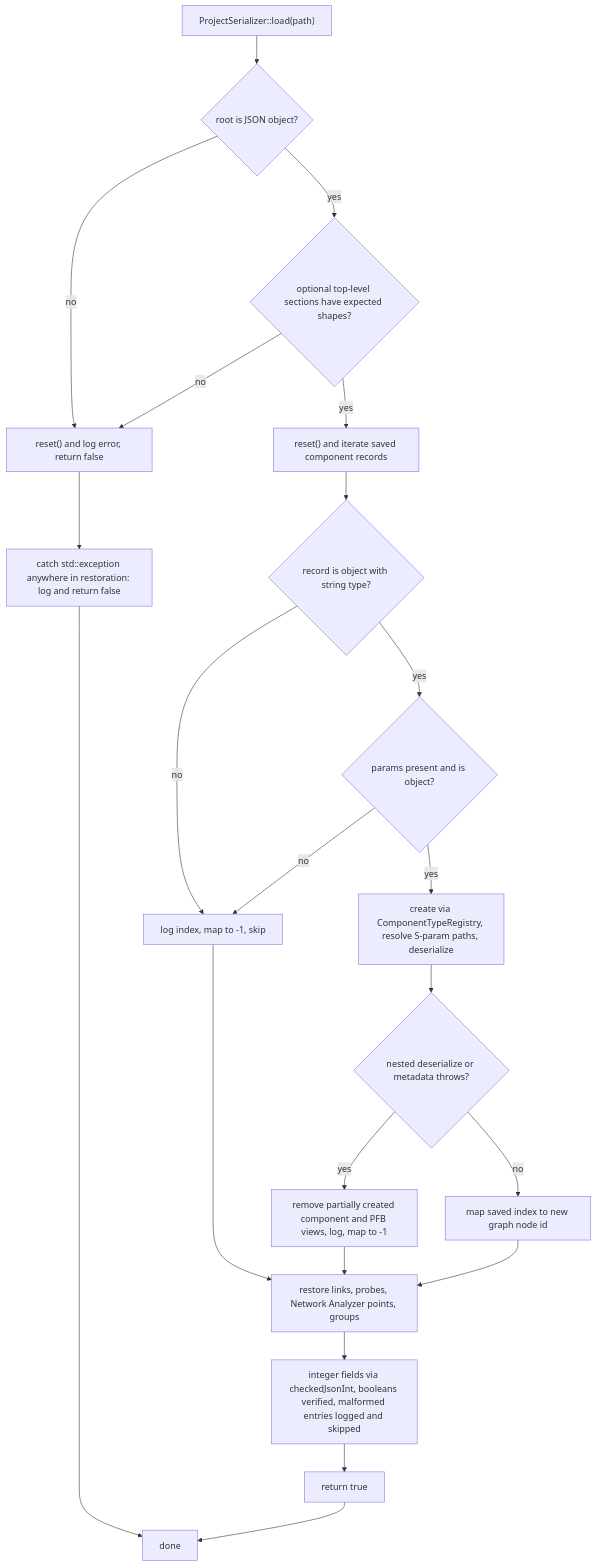
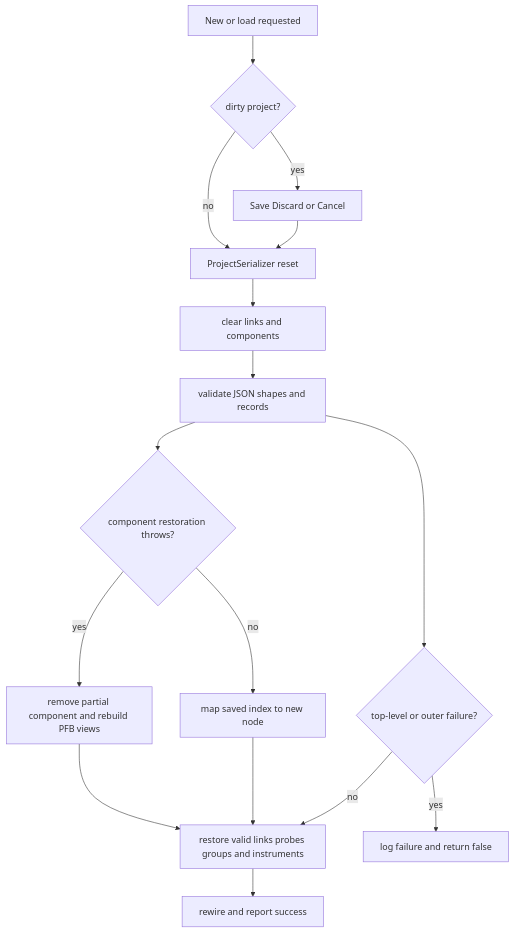
One commit to striderZA/Tiny-RF-Simulator changed the third of 5 diagrams in openwiki/architecture/overview.md. Above: the diagram before and after it, drawn with Mermaid. The commit also changed other lines of this file and 24 other files, not shown here.

````diff
--- a/openwiki/architecture/overview.md
+++ b/openwiki/architecture/overview.md
@@ -149,24 +136,18 @@
 ```mermaid
 flowchart TD
-    A["ProjectSerializer::load(path)"] --> B{"root is JSON object?"}
-    B -- no --> FAIL["reset() and log error, return false"]
-    B -- yes --> C{"optional top-level sections have expected shapes?"}
-    C -- no --> FAIL
-    C -- yes --> D["reset() and iterate saved component records"]
-    D --> E{"record is object with string type?"}
-    E -- no --> SKIPCOMP["log index, map to -1, skip"]
-    E -- yes --> F{"params present and is object?"}
-    F -- no --> SKIPCOMP
-    F -- yes --> G["create via ComponentTypeRegistry, resolve S-param paths, deserialize"]
-    G --> H{"nested deserialize or metadata throws?"}
-    H -- yes --> ROLLBACK["remove partially created component and PFB views, log, map to -1"]
-    H -- no --> I["map saved index to new graph node id"]
-    SKIPCOMP --> J["restore links, probes, Network Analyzer points, groups"]
-    ROLLBACK --> J
+    A["New or load requested"] --> B{"dirty project?"}
+    B -- yes --> C["Save Discard or Cancel"]
+    B -- no --> D["ProjectSerializer reset"]
+    C --> D
+    D --> E["clear links and components"]
+    E --> F["validate JSON shapes and records"]
+    F --> G{"component restoration throws?"}
+    G -- yes --> H["remove partial component and rebuild PFB views"]
+    G -- no --> I["map saved index to new node"]
+    H --> J["restore valid links probes groups and instruments"]
     I --> J
-    J --> K["integer fields via checkedJsonInt, booleans verified, malformed entries logged and skipped"]
-    K --> L["return true"]
-    FAIL --> M["catch std::exception anywhere in restoration: log and return false"]
-    L --> M2["done"]
-    M --> M2
+    J --> K["rewire and report success"]
+    F --> L{"top-level or outer failure?"}
+    L -- yes --> M["log failure and return false"]
+    L -- no --> J
 ```
````
